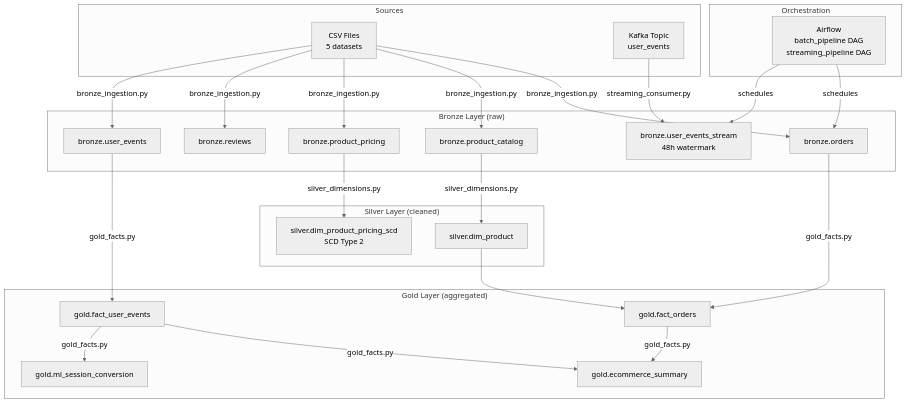
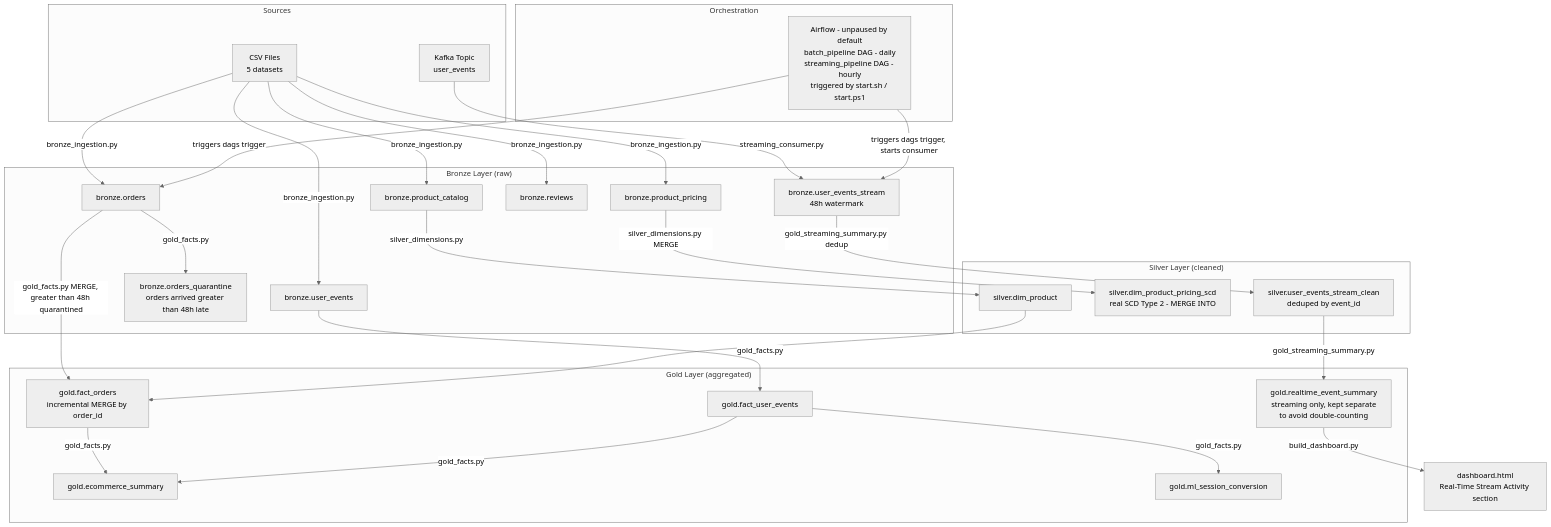
Before and after one commit to EbraheemAboraya/data: the diagram in docs/architecture.md, drawn with Mermaid (neutral theme). The commit also changed other lines of this file and 23 other files, not shown here.

````diff
--- a/docs/architecture.md
+++ b/docs/architecture.md
@@ -33,52 +33,59 @@
 ```mermaid
 flowchart TD
     subgraph Sources
         CSV[CSV Files\n5 datasets]
         Kafka[Kafka Topic\nuser_events]
     end
 
     subgraph Bronze["Bronze Layer (raw)"]
         B1[bronze.orders]
         B2[bronze.product_catalog]
         B3[bronze.product_pricing]
         B4[bronze.reviews]
         B5[bronze.user_events]
         B6[bronze.user_events_stream\n48h watermark]
+        BQ[bronze.orders_quarantine\norders arrived greater than 48h late]
     end
 
     subgraph Silver["Silver Layer (cleaned)"]
         S1[silver.dim_product]
-        S2[silver.dim_product_pricing_scd\nSCD Type 2]
+        S2[silver.dim_product_pricing_scd\nreal SCD Type 2 - MERGE INTO]
+        S3[silver.user_events_stream_clean\ndeduped by event_id]
     end
 
     subgraph Gold["Gold Layer (aggregated)"]
-        G1[gold.fact_orders]
+        G1[gold.fact_orders\nincremental MERGE by order_id]
         G2[gold.fact_user_events]
         G3[gold.ecommerce_summary]
         G4[gold.ml_session_conversion]
+        G5[gold.realtime_event_summary\nstreaming only, kept separate\nto avoid double-counting]
     end
 
     subgraph Orchestration
-        AF[Airflow\nbatch_pipeline DAG\nstreaming_pipeline DAG]
+        AF[Airflow - unpaused by default\nbatch_pipeline DAG - daily\nstreaming_pipeline DAG - hourly\ntriggered by start.sh / start.ps1]
     end
 
     CSV -->|bronze_ingestion.py| B1
     CSV -->|bronze_ingestion.py| B2
     CSV -->|bronze_ingestion.py| B3
     CSV -->|bronze_ingestion.py| B4
     CSV -->|bronze_ingestion.py| B5
     Kafka -->|streaming_consumer.py| B6
 
     B2 -->|silver_dimensions.py| S1
-    B3 -->|silver_dimensions.py| S2
+    B3 -->|silver_dimensions.py MERGE| S2
+    B6 -->|gold_streaming_summary.py dedup| S3
 
-    B1 --> |gold_facts.py| G1
+    B1 -->|gold_facts.py MERGE, greater than 48h quarantined| G1
+    B1 -->|gold_facts.py| BQ
     B5 --> |gold_facts.py| G2
     S1 --> G1
     G1 --> |gold_facts.py| G3
     G2 --> |gold_facts.py| G3
     G2 --> |gold_facts.py| G4
+    S3 -->|gold_streaming_summary.py| G5
+    G5 -->|build_dashboard.py| DASH[dashboard.html\nReal-Time Stream Activity section]
 
-    AF -->|schedules| B1
-    AF -->|schedules| B6
+    AF -->|triggers dags trigger| B1
+    AF -->|triggers dags trigger, starts consumer| B6
 ```
````
